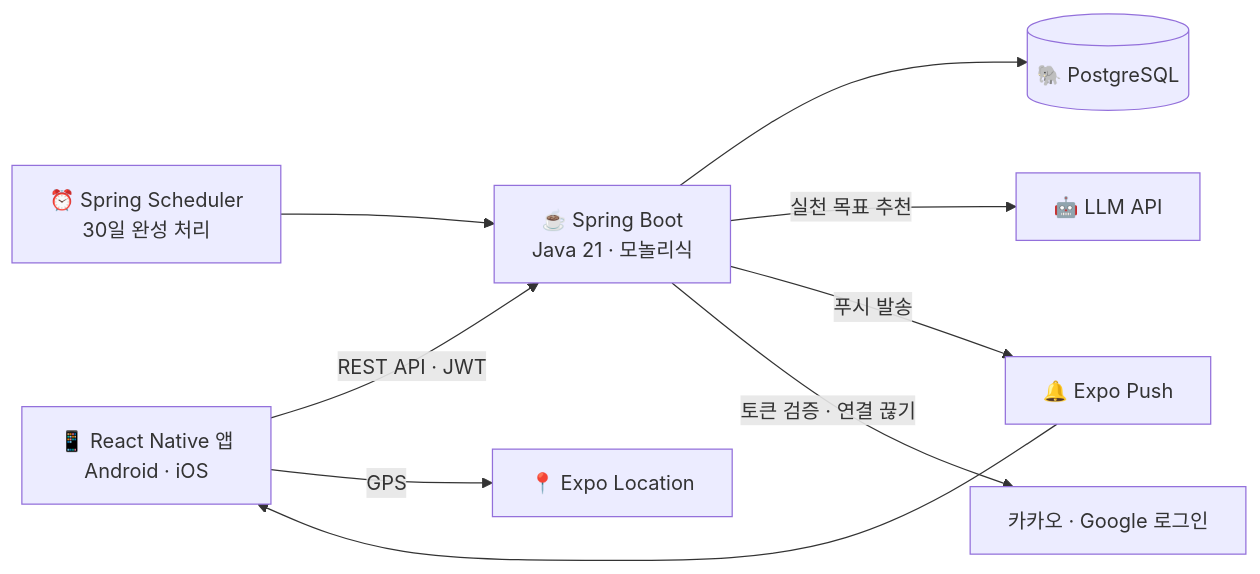
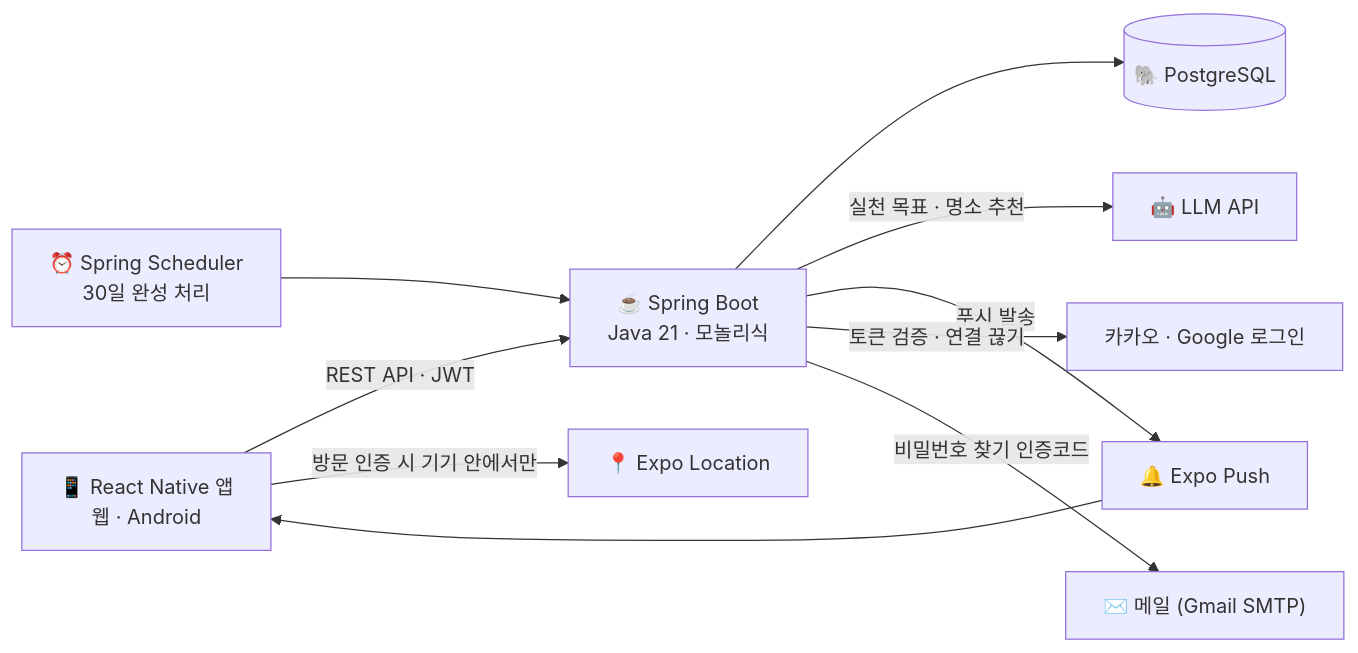
Before and after one commit to han-gajiman/frontend: the first of 2 diagrams in docs/기능명세서.md, drawn with Mermaid. The commit also changed other lines of this file and 3 other files, not shown here.

````diff
--- a/docs/기능명세서.md
+++ b/docs/기능명세서.md
@@ -11,11 +11,12 @@
 ```mermaid
 flowchart LR
-	APP["📱 React Native 앱<br>Android · iOS"] -->|"REST API · JWT"| API["☕ Spring Boot<br>Java 21 · 모놀리식"]
+	APP["📱 React Native 앱<br>웹 · Android"] -->|"REST API · JWT"| API["☕ Spring Boot<br>Java 21 · 모놀리식"]
 	API --> DB[("🐘 PostgreSQL")]
-	API -->|"실천 목표 추천"| LLM["🤖 LLM API"]
+	API -->|"실천 목표 · 명소 추천"| LLM["🤖 LLM API"]
 	API -->|"푸시 발송"| PUSH["🔔 Expo Push"]
 	PUSH --> APP
 	API -->|"토큰 검증 · 연결 끊기"| SOCIAL["카카오 · Google 로그인"]
-	APP -->|"GPS"| LOC["📍 Expo Location"]
+	API -->|"비밀번호 찾기 인증코드"| MAIL["✉️ 메일 (Gmail SMTP)"]
+	APP -->|"방문 인증 시 기기 안에서만"| LOC["📍 Expo Location"]
 	SCH["⏰ Spring Scheduler<br>30일 완성 처리"] --> API
 ```
````
